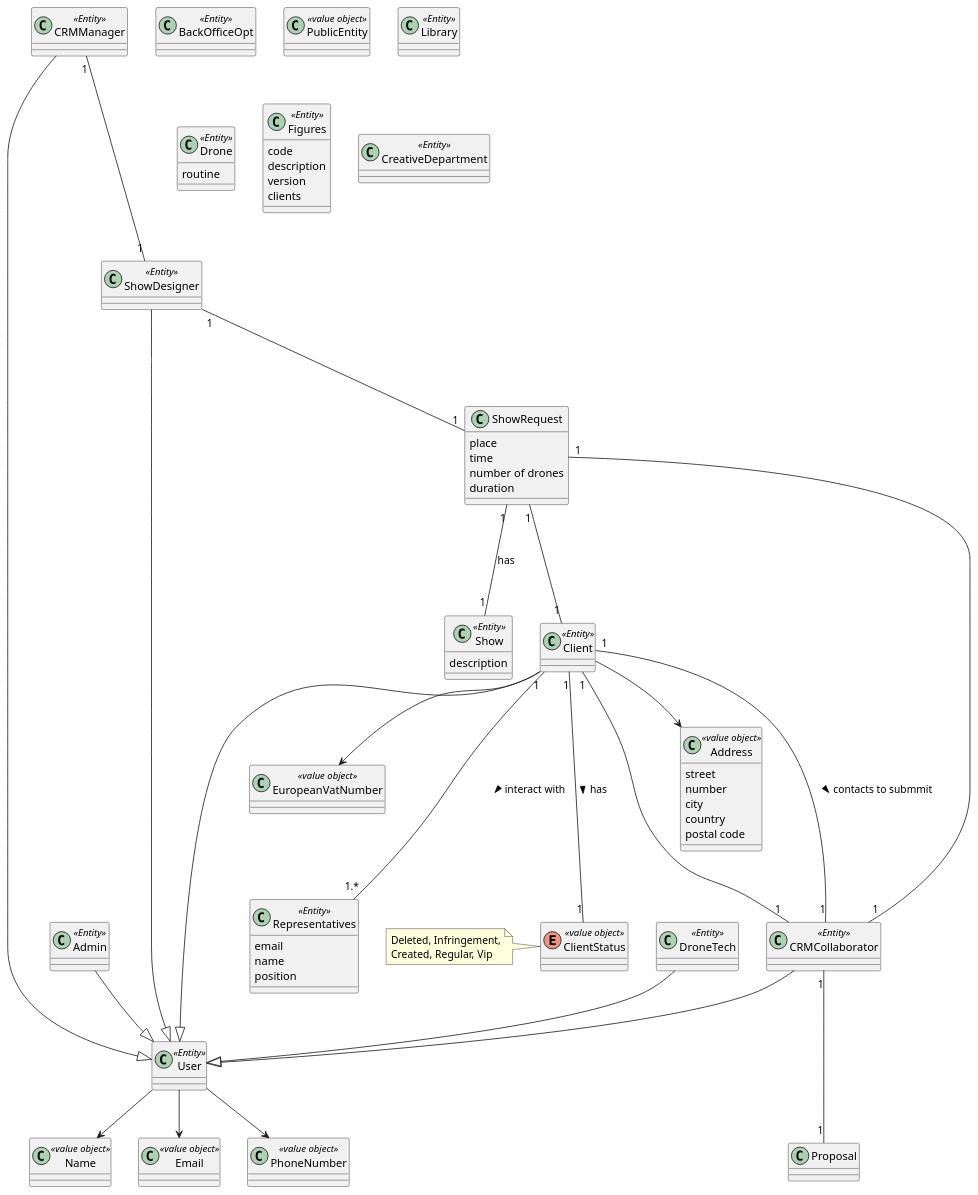
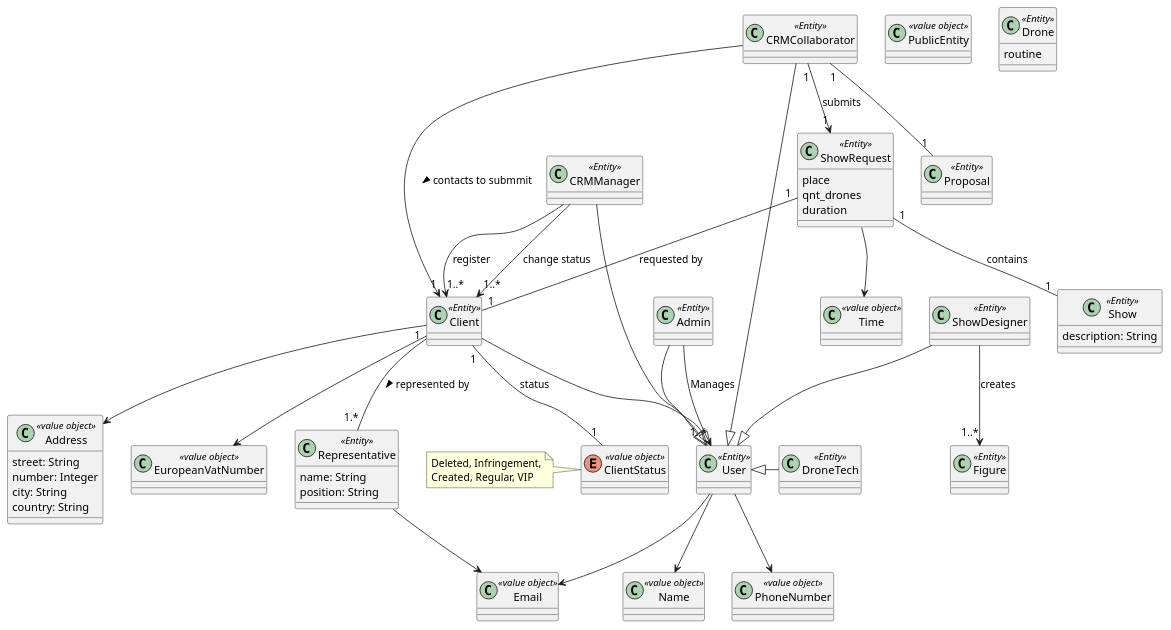
One commit to diogoveirospro/sem4pi-2024-2025-sem4pi_2024_2025_g44 changed the diagram in docs/global_artifacts/analysis/puml/domain_model.puml. Above: the diagram before and after it, drawn with PlantUML. The commit also changed 2 other files, not shown here.

```diff
--- a/docs/global_artifacts/analysis/puml/domain_model.puml
+++ b/docs/global_artifacts/analysis/puml/domain_model.puml
@@ -1,128 +1,136 @@
 @startuml
-
-class BackOfficeOpt <<Entity>>{
-
-}
 
 class Client <<Entity>>{
 
 }
 
 class PublicEntity <<value object>>{
+
 }
 
 class Address <<value object>>{
-    street
-    number
-    city
-    country
-    postal code
+    street: String
+    number: Integer
+    city: String
+    country: String
 }
 
 class EuropeanVatNumber <<value object>>{
 }
 
-class Library <<Entity>>{
-}
 
 class Drone <<Entity>>{
     routine
 }
 
-class Figures <<Entity>>{
-    code
-    description
-    version
-    clients
-}
+class Figure <<Entity>>{
 
-class CreativeDepartment <<Entity>>{
 }
 
 Enum ClientStatus <<value object>>{
 
 }
 
 note left of ClientStatus
   Deleted, Infringement,
-  Created, Regular, Vip
+  Created, Regular, VIP
 end note
 
 class User <<Entity>>{
 }
 
 class PhoneNumber <<value object>>{
 }
 
 class Name <<value object>>{
 }
 
 class Email <<value object>>{
 }
 
 class Admin <<Entity>>{
 }
 
 class CRMManager <<Entity>>{
 
 }
 
 class CRMCollaborator <<Entity>>{
 }
 
 class ShowDesigner <<Entity>>{
 }
 
 class DroneTech <<Entity>>{
 }
 
-class Representatives <<Entity>>{
-    email
-    name
-    position
+class Representative <<Entity>>{
+    name: String
+    position: String
 }
 
 class Show <<Entity>>{
-    description
+    description: String
 }
 
+class Time <<value object>>{
+
+}
+
+class ShowRequest <<Entity>>{
+    place
+    qnt_drones
+    duration
+
+}
+
+class Proposal <<Entity>>{
+
+}
+
+
+'Client -> x
 Client --> EuropeanVatNumber
 Client --> Address
+Client --|> User
+CRMCollaborator  --> "1" Client :> contacts to submmit
+Client "1" -- "1.*" Representative :> represented by
+'Duvida:
+Client "1" -- "1" ClientStatus : status
 
-Client --|> User
+'ShowRequest -> x
+ShowRequest "1" -- "1" Client : requested by
+ShowRequest "1" -- "1" Show : contains
+ShowRequest --> Time
+
+'CRMManager -> x
+CRMManager -|> User
+CRMManager --> "1..*" Client: register
+CRMManager --> "1..*" Client: change status
+
+'ShowDesigner -> x
+ShowDesigner --> "1..*" Figure: creates
+ShowDesigner --|> User
+
+'CRMCollaborator -> x
+CRMCollaborator "1" -- "1" Proposal
 CRMCollaborator --|> User
-CRMManager --|> User
+CRMCollaborator "1" --> "1" ShowRequest: submits
+
+'Admin -> x
 Admin --|> User
-ShowDesigner --|> User
-DroneTech --|> User
+Admin --> "1..*" User: Manages
 
+'DroneTech -> x
+DroneTech -left|> User
+
+'User -> x
 User --> PhoneNumber
 User --> Name
 User --> Email
 
-Client "1" --- "1.*" Representatives :> interact with
-Client "1" --- "1" ClientStatus :> has
+'Representative -> x
+Representative  -->  Email
 
 
-class ShowRequest {
-    place
-    time
-    number of drones
-    duration
-
-}
-
-class Proposal {
-
-}
-
-Client "1" --- "1" CRMCollaborator :> contacts to submmit
-ShowRequest "1" --- "1" Client
-ShowRequest "1" --- "1" Show : has
-ShowRequest "1" --- "1" CRMCollaborator
-CRMManager "1" --- "1" ShowDesigner
-ShowDesigner "1" --- "1" ShowRequest
-CRMCollaborator "1" --- "1" Proposal
-CRMCollaborator "1" --- "1" Client
-
 @enduml
```
